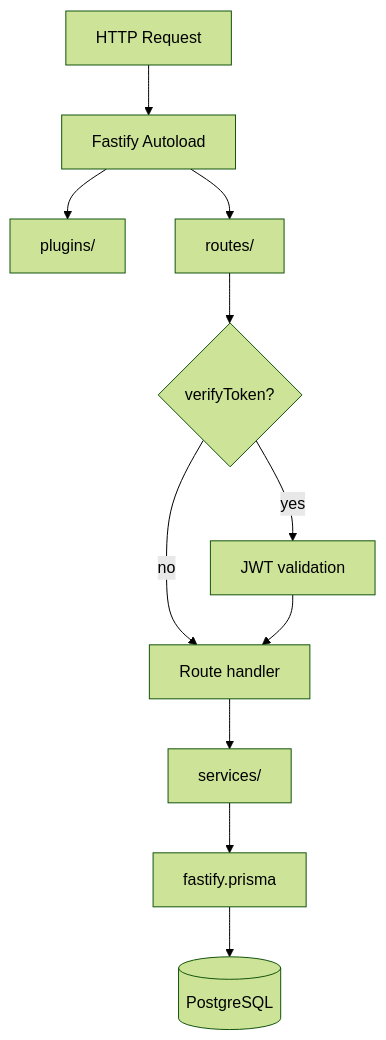
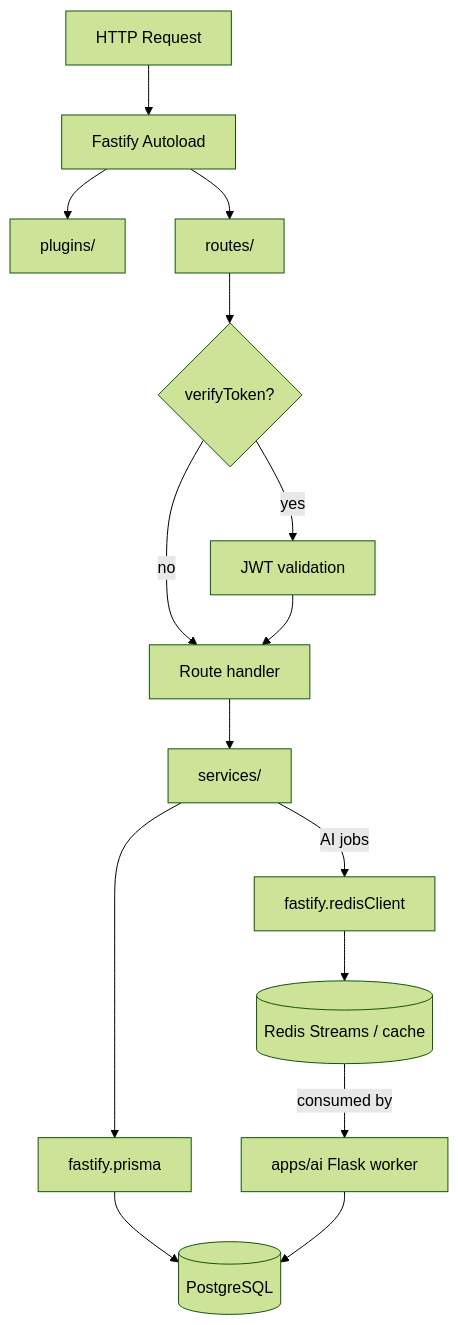
One commit to Khalil-Bchir/full-stack-saas-boilerplate changed the diagram in apps/api/README.md. Above: the diagram before and after it, drawn with Mermaid (forest theme). The commit also changed other lines of this file and 91 other files, not shown here.

First line of the commit message:
feat: add async AI jobs with Redis, Flask worker, and labs

````diff
--- a/apps/api/README.md
+++ b/apps/api/README.md
@@ -9,13 +9,17 @@
 ```mermaid
 flowchart TD
     HTTP[HTTP Request] --> Autoload[Fastify Autoload]
     Autoload --> Plugins[plugins/]
     Autoload --> Routes[routes/]
     Routes --> Auth{verifyToken?}
     Auth -->|yes| JWT[JWT validation]
     Auth -->|no| Handler[Route handler]
     JWT --> Handler
     Handler --> Service[services/]
     Service --> Prisma[fastify.prisma]
     Prisma --> PG[(PostgreSQL)]
+    Service -->|AI jobs| RedisClient[fastify.redisClient]
+    RedisClient --> Redis[(Redis Streams / cache)]
+    Redis -->|consumed by| AI["apps/ai Flask worker"]
+    AI --> PG
 ```
````
